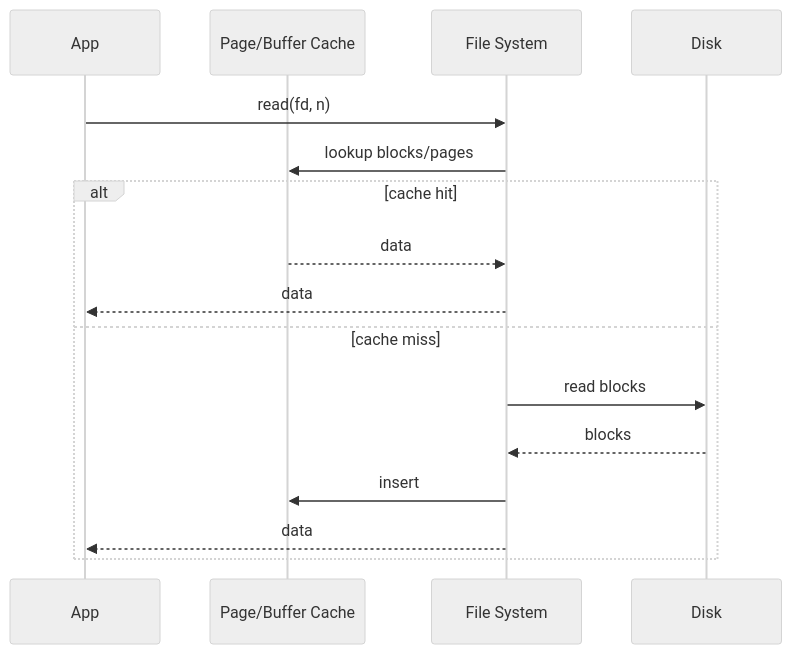
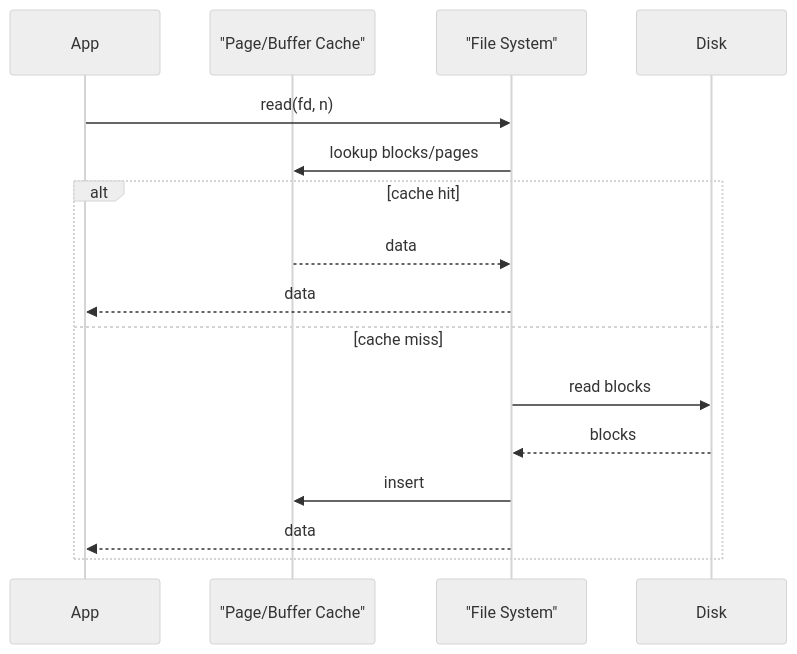
Before and after one commit to Attash2312/ostheory: the first of 2 diagrams in ch15-file-system-internals/01-notes.md, drawn with Mermaid (neutral theme). The commit also changed 12 other files, not shown here.

````diff
--- a/ch15-file-system-internals/01-notes.md
+++ b/ch15-file-system-internals/01-notes.md
@@ -30,19 +30,19 @@
 ```mermaid
 sequenceDiagram
   participant App
-  participant Cache as Page/Buffer Cache
-  participant FS as File System
+  participant Cache as "Page/Buffer Cache"
+  participant FS as "File System"
   participant Disk
 
   App->>FS: read(fd, n)
   FS->>Cache: lookup blocks/pages
   alt cache hit
     Cache-->>FS: data
     FS-->>App: data
   else cache miss
     FS->>Disk: read blocks
     Disk-->>FS: blocks
     FS->>Cache: insert
     FS-->>App: data
   end
 ```
````
